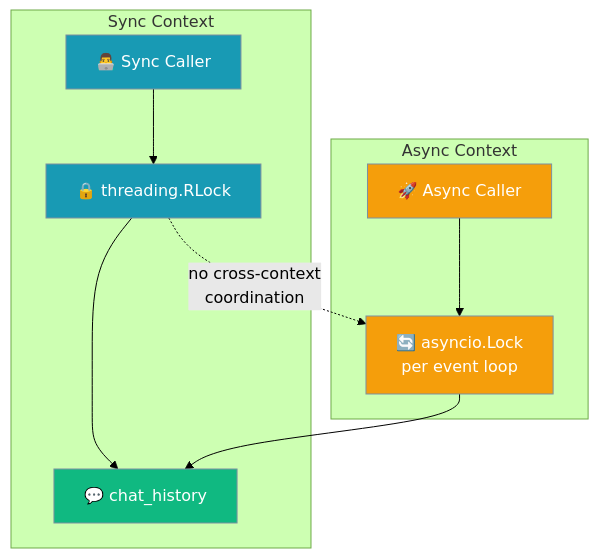
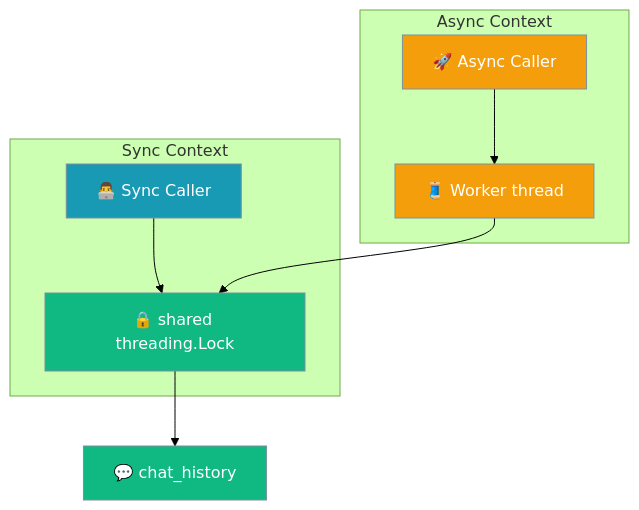
The third of 7 diagrams in docs/features/thread-safety.mdx (MervinPraison/PraisonAIDocs), drawn with Mermaid (forest theme) before and after one commit. The commit also changed other lines of this file and 6 other files, not shown here.

Commit message:
docs: document PR #5338 YAML field/callback wiring, PermissionManager doom-loop gate, and DualLock shared mutex (fixes #4264)

````diff
--- a/docs/features/thread-safety.mdx
+++ b/docs/features/thread-safety.mdx
@@ -464,22 +472,21 @@
 ```mermaid
 graph TB
     subgraph "Sync Context"
-        SyncCaller[👨‍💻 Sync Caller] --> SyncLock[🔒 threading.RLock]
-        SyncLock --> ChatHistory[💬 chat_history]
+        SyncCaller[👨‍💻 Sync Caller] --> SharedLock[🔒 shared threading.Lock]
     end
-    
+
     subgraph "Async Context"
-        AsyncCaller[🚀 Async Caller] --> AsyncLock[🔄 asyncio.Lock<br/>per event loop]
-        AsyncLock --> ChatHistory
+        AsyncCaller[🚀 Async Caller] --> Worker[🧵 Worker thread]
+        Worker --> SharedLock
     end
-    
-    SyncLock -.->|no cross-context<br/>coordination| AsyncLock
-    
+
+    SharedLock --> ChatHistory[💬 chat_history]
+
     classDef sync fill:#189AB4,stroke:#7C90A0,color:#fff
     classDef async fill:#F59E0B,stroke:#7C90A0,color:#fff
     classDef shared fill:#10B981,stroke:#7C90A0,color:#fff
-    
-    class SyncCaller,SyncLock sync
-    class AsyncCaller,AsyncLock async
-    class ChatHistory shared
+
+    class SyncCaller sync
+    class AsyncCaller,Worker async
+    class SharedLock,ChatHistory shared
 ```
````
